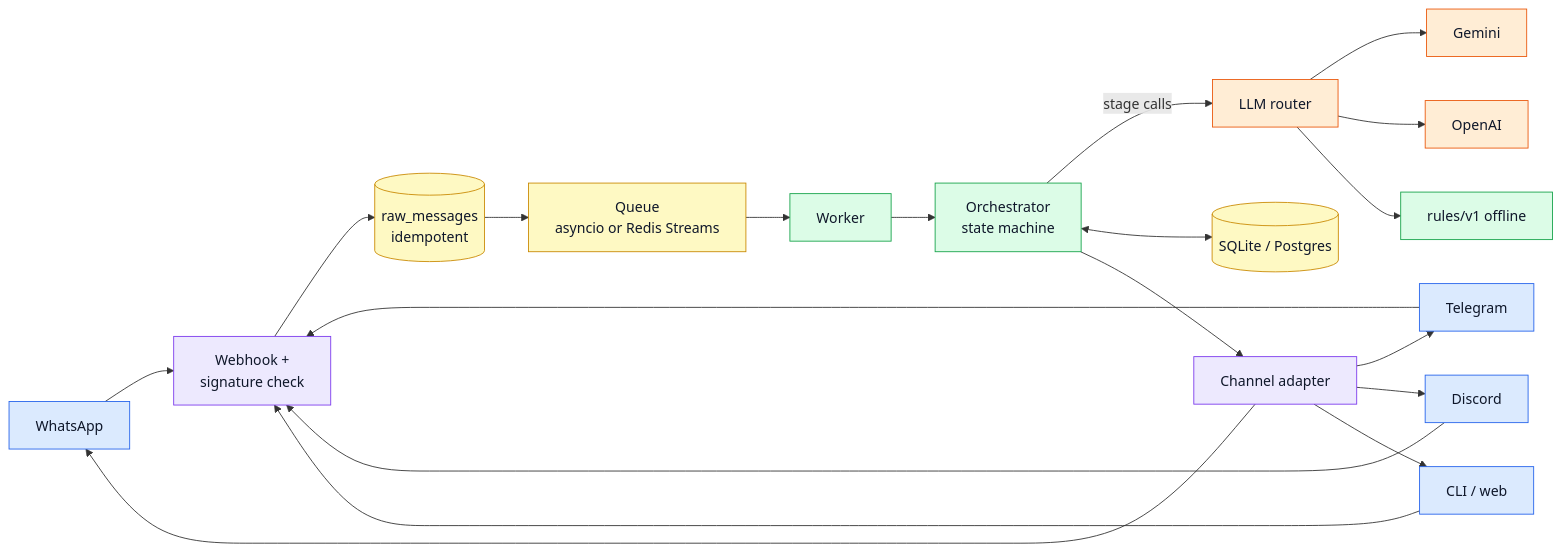
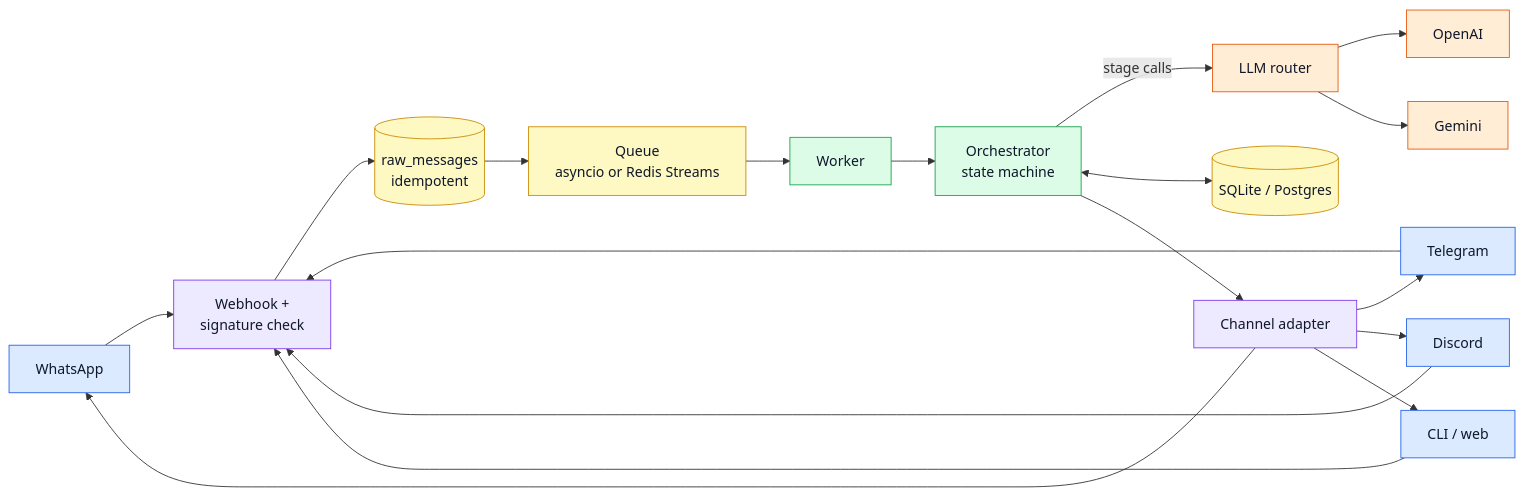
Before and after one commit to ShishirRijal/PocketAI: the diagram in README.md, drawn with Mermaid. The commit also changed other lines of this file and 9 other files, not shown here.

Commit message:
docs: openai-first routing, no offline parser, stub llm only in tests

````diff
--- a/README.md
+++ b/README.md
@@ -101,15 +99,15 @@
 ```mermaid
 flowchart LR
   WA["WhatsApp"]:::user & TG["Telegram"]:::user & DC["Discord"]:::user & CLI["CLI / web"]:::user --> IN["Webhook +<br/>signature check"]:::edge
   IN --> RAW[("raw_messages<br/>idempotent")]:::store --> Q["Queue<br/>asyncio or Redis Streams"]:::store
   Q --> W["Worker"]:::core --> O["Orchestrator<br/>state machine"]:::core
-  O -- "stage calls" --> R["LLM router"]:::ai --> G["Gemini"]:::ai & OA["OpenAI"]:::ai & RU["rules/v1 offline"]:::core
+  O -- "stage calls" --> R["LLM router"]:::ai --> OA["OpenAI"]:::ai & G["Gemini"]:::ai
   O <--> DB[("SQLite / Postgres")]:::store
   O --> OUT["Channel adapter"]:::edge --> WA & TG & DC & CLI
 
   classDef user fill:#dbeafe,stroke:#2563eb,color:#0f172a
   classDef edge fill:#ede9fe,stroke:#7c3aed,color:#0f172a
   classDef core fill:#dcfce7,stroke:#16a34a,color:#0f172a
   classDef ai fill:#ffedd5,stroke:#ea580c,color:#0f172a
   classDef store fill:#fef9c3,stroke:#ca8a04,color:#0f172a
 ```
````
